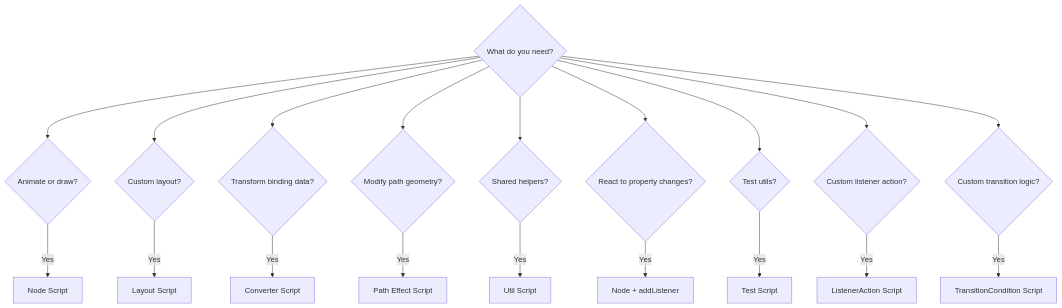
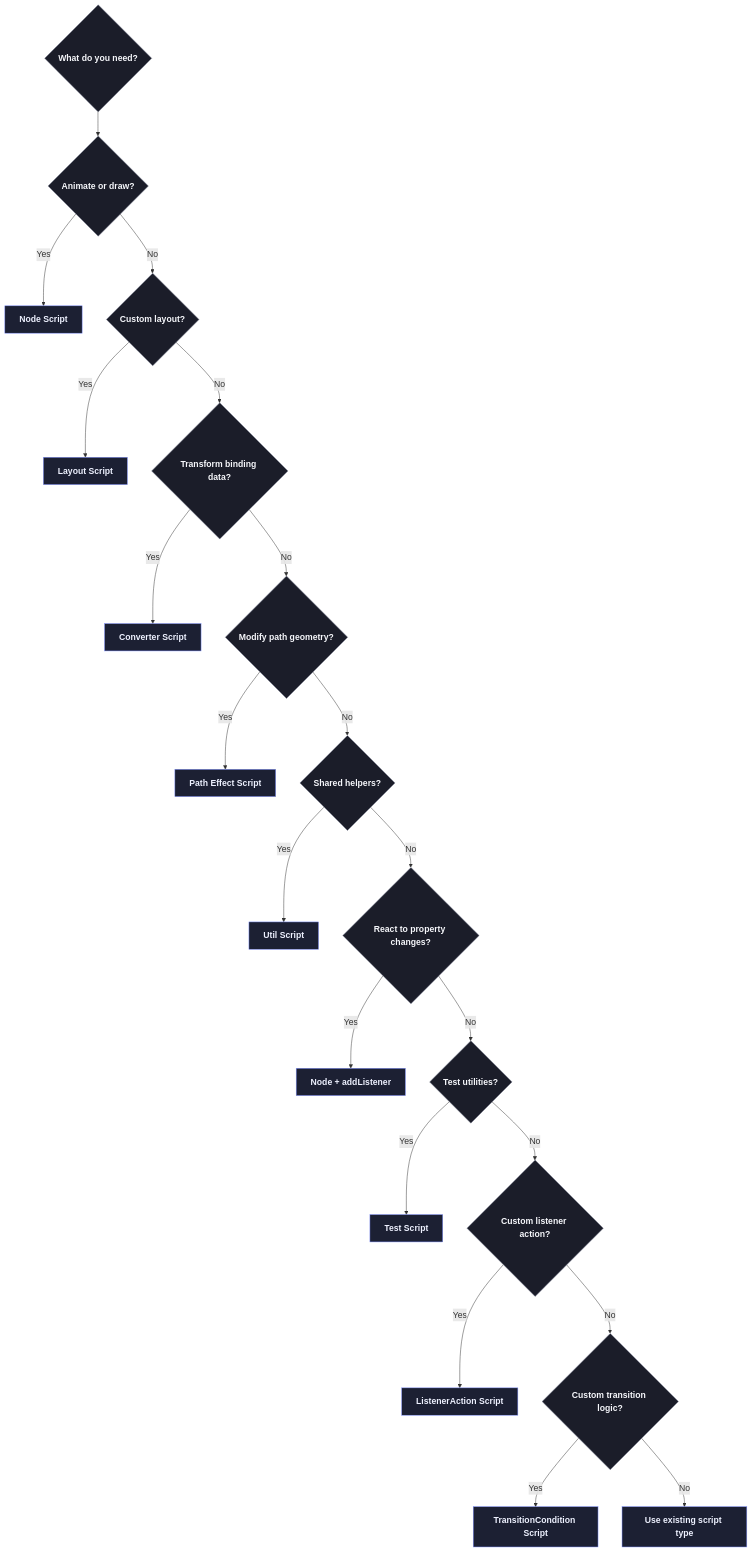
Before and after one commit to ivg-design/lerp: the diagram in docs/rive/script-types.mdx, drawn with Mermaid. The commit also changed other lines of this file and 23 other files, not shown here.

````diff
--- a/docs/rive/script-types.mdx
+++ b/docs/rive/script-types.mdx
@@ -332,22 +338,29 @@
 ```mermaid
-flowchart TD
-    A{What do you need?} --> B{Animate or draw?}
-    A --> C{Custom layout?}
-    A --> D{Transform binding data?}
-    A --> E{Modify path geometry?}
-    A --> F{Shared helpers?}
-    A --> G{React to property changes?}
-    A --> H{Test utils?}
-    A --> I{Custom listener action?}
-    A --> J{Custom transition logic?}
+%%{init: {'themeVariables': {'fontSize': '18px'}}}%%
+flowchart TB
+    A{What do you need?}
+    A --> B{Animate or draw?}
+    B -->|Yes| B1[Node Script]
+    B -->|No| C{Custom layout?}
+    C -->|Yes| C1[Layout Script]
+    C -->|No| D{Transform binding data?}
+    D -->|Yes| D1[Converter Script]
+    D -->|No| E{Modify path geometry?}
+    E -->|Yes| E1[Path Effect Script]
+    E -->|No| F{Shared helpers?}
+    F -->|Yes| F1[Util Script]
+    F -->|No| G{React to property changes?}
+    G -->|Yes| G1[Node + addListener]
+    G -->|No| H{Test utilities?}
+    H -->|Yes| H1[Test Script]
+    H -->|No| I{Custom listener action?}
+    I -->|Yes| I1[ListenerAction Script]
+    I -->|No| J{Custom transition logic?}
+    J -->|Yes| J1[TransitionCondition Script]
+    J -->|No| K[Use existing script type]
 
-    B -->|Yes| B1[Node Script]
-    C -->|Yes| C1[Layout Script]
-    D -->|Yes| D1[Converter Script]
-    E -->|Yes| E1[Path Effect Script]
-    F -->|Yes| F1[Util Script]
-    G -->|Yes| G1[Node + addListener]
-    H -->|Yes| H1[Test Script]
-    I -->|Yes| I1[ListenerAction Script]
-    J -->|Yes| J1[TransitionCondition Script]
+    classDef decision fill:#1b1d29,stroke:#7f8499,color:#f6f7fb,font-size:18px,font-weight:600;
+    classDef result fill:#1c2033,stroke:#7f90ff,color:#eef1ff,font-size:18px,font-weight:600;
+    class A,B,C,D,E,F,G,H,I,J decision;
+    class B1,C1,D1,E1,F1,G1,H1,I1,J1,K result;
 ```
````
